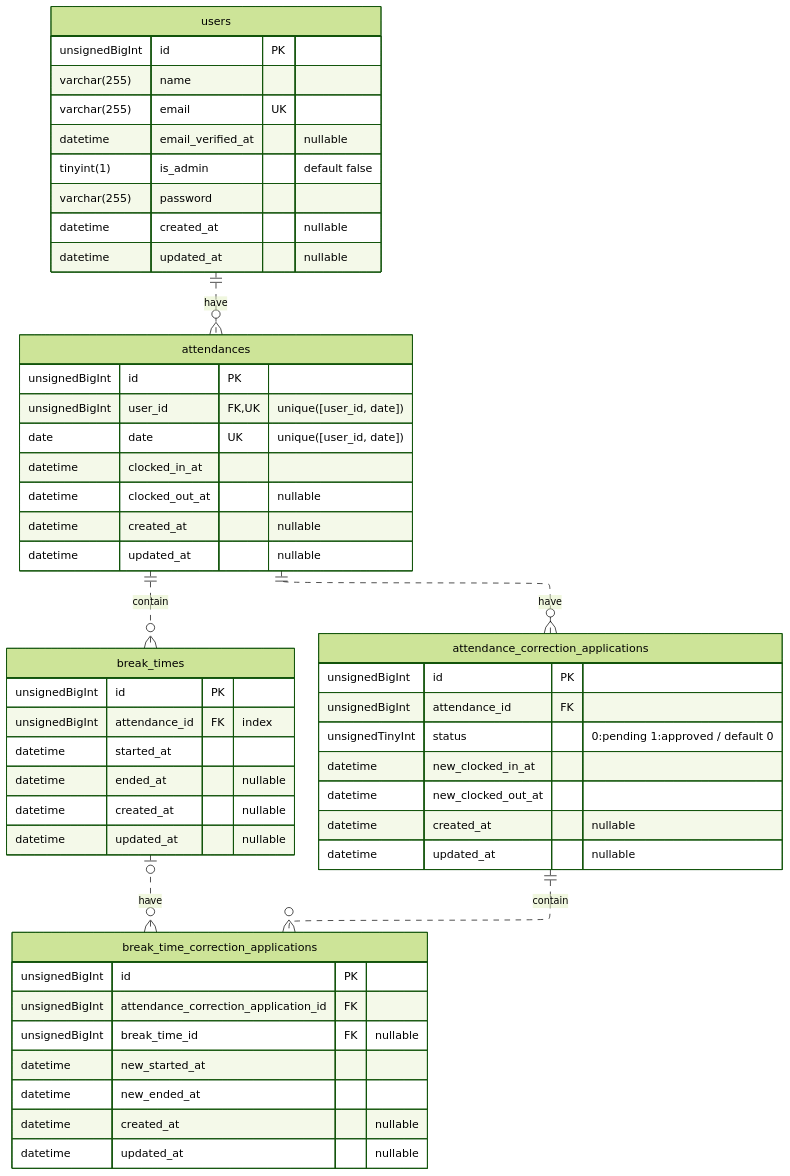
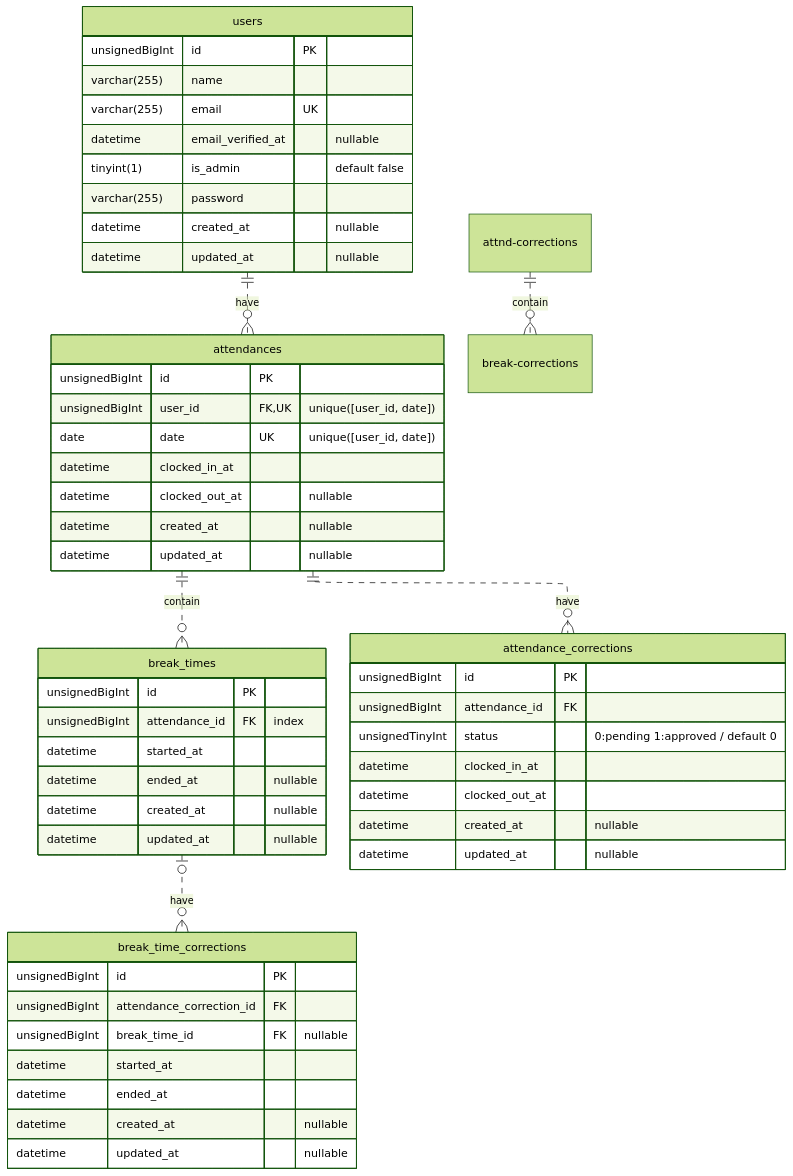
The diagram in README.md (sangwon-lee302/time-and-attendance), drawn with Mermaid (forest theme) before and after one commit. The commit also changed 62 other files, not shown here.

````diff
--- a/README.md
+++ b/README.md
@@ -17,62 +17,62 @@
 ```mermaid
 ---
 config:
     layout: elk
 ---
 erDiagram
     users ||..o{ attendances: "have"
     attendances ||..o{ break_times: "contain"
-    attendances ||..o{ attnd-corrections: "have"
+    attendances ||..o{ attnd-crr: "have"
     attnd-corrections ||..o{ break-corrections: "contain"
-    break_times |o..o{ break-corrections: "have"
+    break_times |o..o{ break-crr: "have"
 
     users {
         unsignedBigInt id PK
         varchar(255) name
         varchar(255) email UK
         datetime email_verified_at "nullable"
         tinyint(1) is_admin "default false"
         varchar(255) password
         datetime created_at "nullable"
         datetime updated_at "nullable"
     }
 
     attendances {
         unsignedBigInt id PK
         unsignedBigInt user_id FK, UK "unique([user_id, date])"
         date date UK "unique([user_id, date])"
         datetime clocked_in_at
         datetime clocked_out_at "nullable"
         datetime created_at "nullable"
         datetime updated_at "nullable"
     }
 
     break_times {
         unsignedBigInt id PK
         unsignedBigInt attendance_id FK "index"
         datetime started_at
         datetime ended_at "nullable"
         datetime created_at "nullable"
         datetime updated_at "nullable"
     }
 
-    attnd-corrections["attendance_correction_applications"] {
+    attnd-crr["attendance_corrections"] {
         unsignedBigInt id PK
         unsignedBigInt attendance_id FK
         unsignedTinyInt status "0:pending 1:approved / default 0"
-        datetime new_clocked_in_at
-        datetime new_clocked_out_at
+        datetime clocked_in_at
+        datetime clocked_out_at
         datetime created_at "nullable"
         datetime updated_at "nullable"
     }
 
-    break-corrections["break_time_correction_applications"] {
+    break-crr["break_time_corrections"] {
         unsignedBigInt id PK
-        unsignedBigInt attendance_correction_application_id FK
+        unsignedBigInt attendance_correction_id FK
         unsignedBigInt break_time_id FK "nullable"
-        datetime new_started_at
-        datetime new_ended_at
+        datetime started_at
+        datetime ended_at
         datetime created_at "nullable"
         datetime updated_at "nullable"
     }
 ```
````
